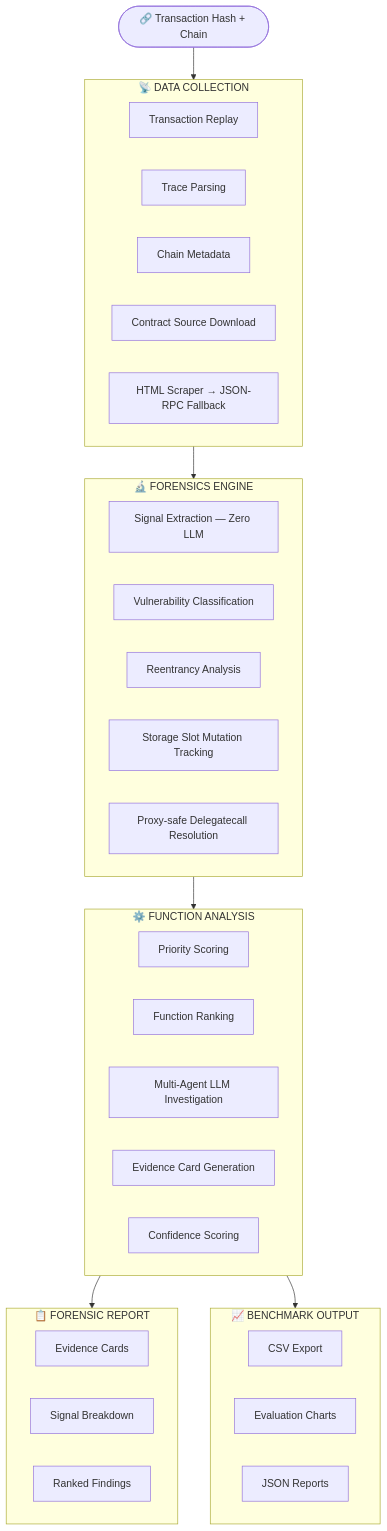
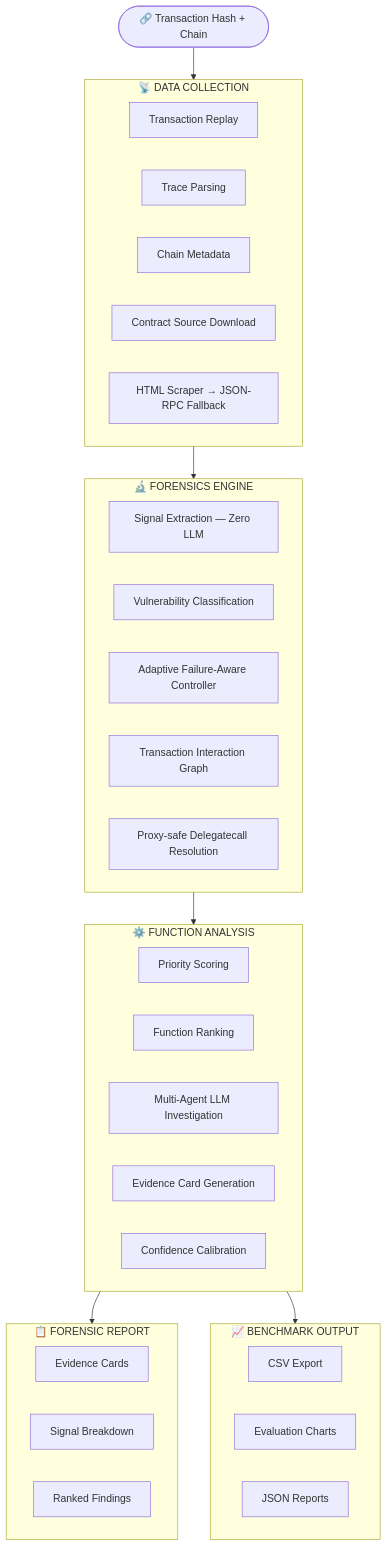
Before and after one commit to Tayab-Ahamed/FaultSeeker-: the diagram in README.md, drawn with Mermaid. The commit also changed other lines of this file and 69 other files, not shown here.

````diff
--- a/README.md
+++ b/README.md
@@ -47,47 +49,47 @@
 ```mermaid
 flowchart TD
     A([🔗 Transaction Hash + Chain]) --> B
 
     subgraph B [" 📡 DATA COLLECTION "]
         B1[Transaction Replay]
         B2[Trace Parsing]
         B3[Chain Metadata]
         B4[Contract Source Download]
         B5[HTML Scraper → JSON-RPC Fallback]
     end
 
     B --> C
 
     subgraph C [" 🔬 FORENSICS ENGINE "]
         C1[Signal Extraction — Zero LLM]
         C2[Vulnerability Classification]
-        C3[Reentrancy Analysis]
-        C4[Storage Slot Mutation Tracking]
+        C3[Adaptive Failure-Aware Controller]
+        C4[Transaction Interaction Graph]
         C5[Proxy-safe Delegatecall Resolution]
     end
 
     C --> D
 
     subgraph D [" ⚙️ FUNCTION ANALYSIS "]
         D1[Priority Scoring]
         D2[Function Ranking]
         D3[Multi-Agent LLM Investigation]
         D4[Evidence Card Generation]
-        D5[Confidence Scoring]
+        D5[Confidence Calibration]
     end
 
     D --> E
     D --> F
 
     subgraph E [" 📋 FORENSIC REPORT "]
         E1[Evidence Cards]
         E2[Signal Breakdown]
         E3[Ranked Findings]
     end
 
     subgraph F [" 📈 BENCHMARK OUTPUT "]
         F1[CSV Export]
         F2[Evaluation Charts]
         F3[JSON Reports]
     end
 ```
````
